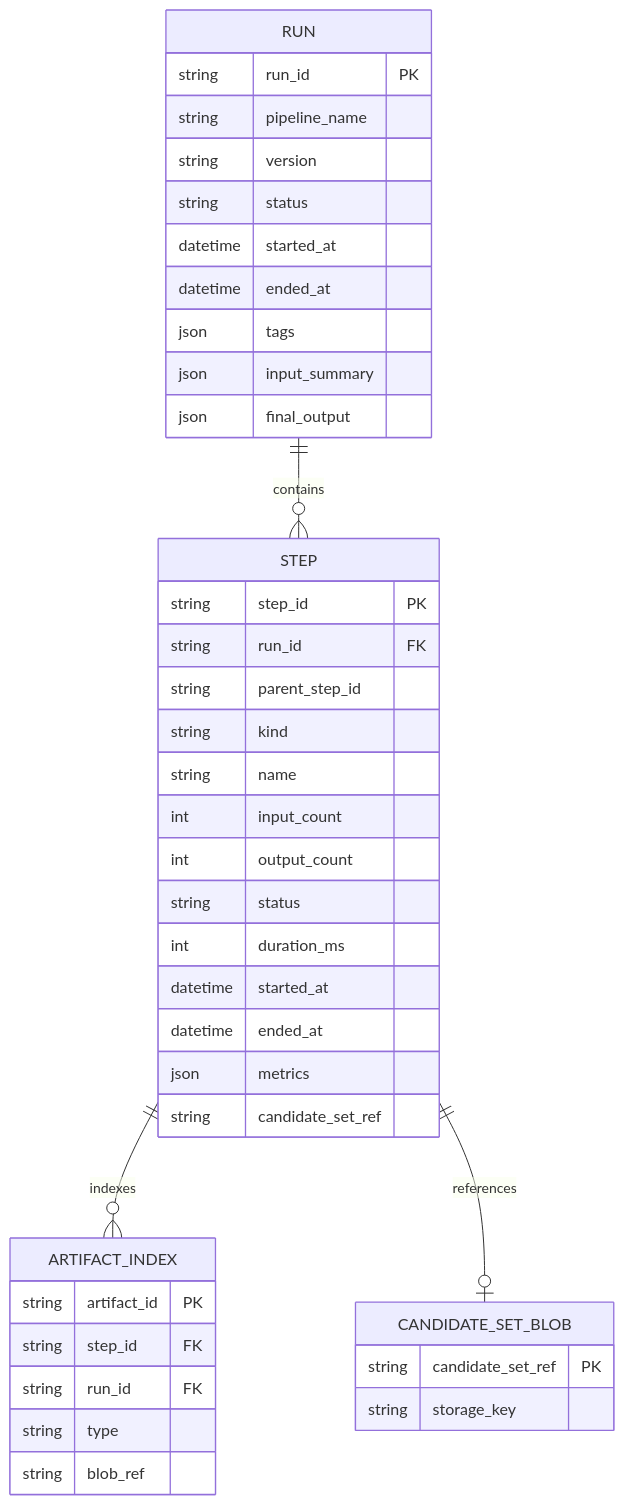
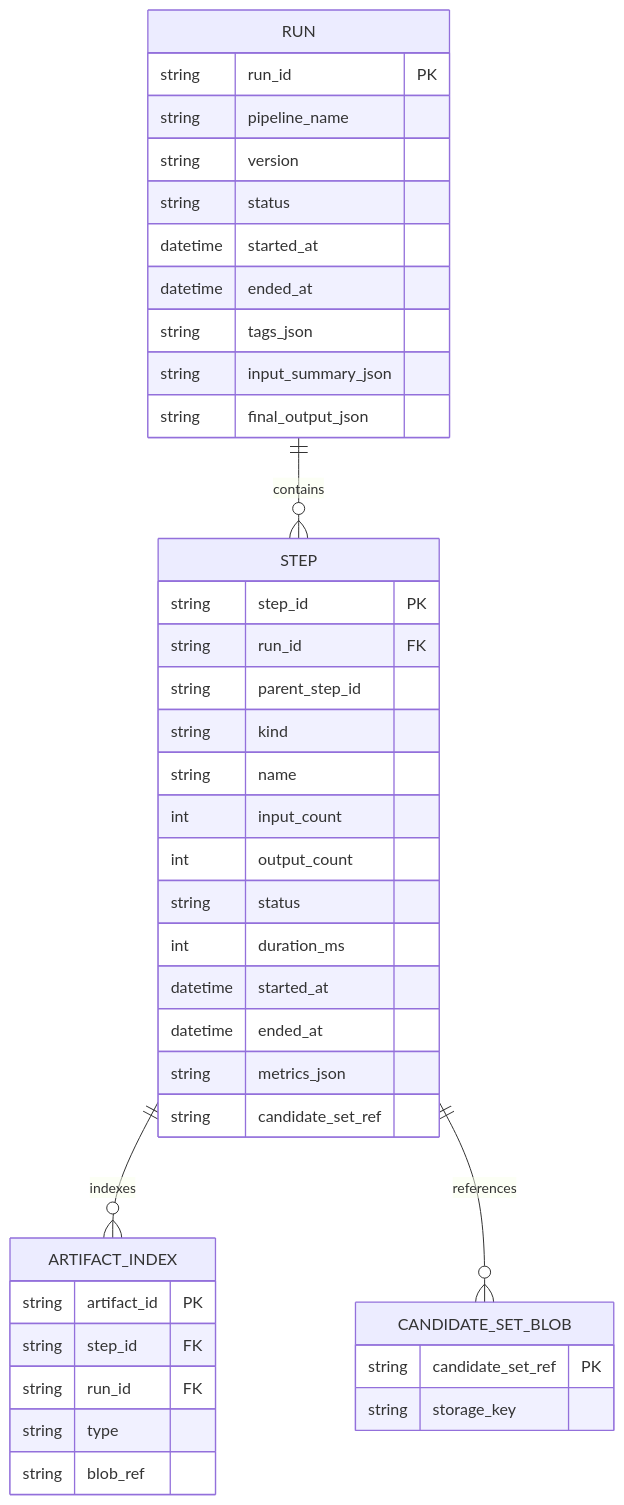
Before and after one commit to DeepakSilaych/ZenRay: the second of 6 diagrams in ARCHITECTURE.md, drawn with Mermaid. The commit also changed other lines of this file, not shown here.

Commit message:
Refactor architecture documentation for clarity and consistency; update diagram labels and data types for better understanding.

````diff
--- a/ARCHITECTURE.md
+++ b/ARCHITECTURE.md
@@ -95,47 +95,47 @@
 ```mermaid
 erDiagram
   RUN ||--o{ STEP : contains
   STEP ||--o{ ARTIFACT_INDEX : indexes
-  STEP ||--o| CANDIDATE_SET_BLOB : references
+  STEP ||--o{ CANDIDATE_SET_BLOB : references
 
   RUN {
     string run_id PK
     string pipeline_name
     string version
     string status
     datetime started_at
     datetime ended_at
-    json tags
-    json input_summary
-    json final_output
+    string tags_json
+    string input_summary_json
+    string final_output_json
   }
 
   STEP {
     string step_id PK
     string run_id FK
     string parent_step_id
     string kind
     string name
     int input_count
     int output_count
     string status
     int duration_ms
     datetime started_at
     datetime ended_at
-    json metrics
+    string metrics_json
     string candidate_set_ref
   }
 
   ARTIFACT_INDEX {
     string artifact_id PK
     string step_id FK
     string run_id FK
     string type
     string blob_ref
   }
 
   CANDIDATE_SET_BLOB {
     string candidate_set_ref PK
     string storage_key
   }
 ```
````
